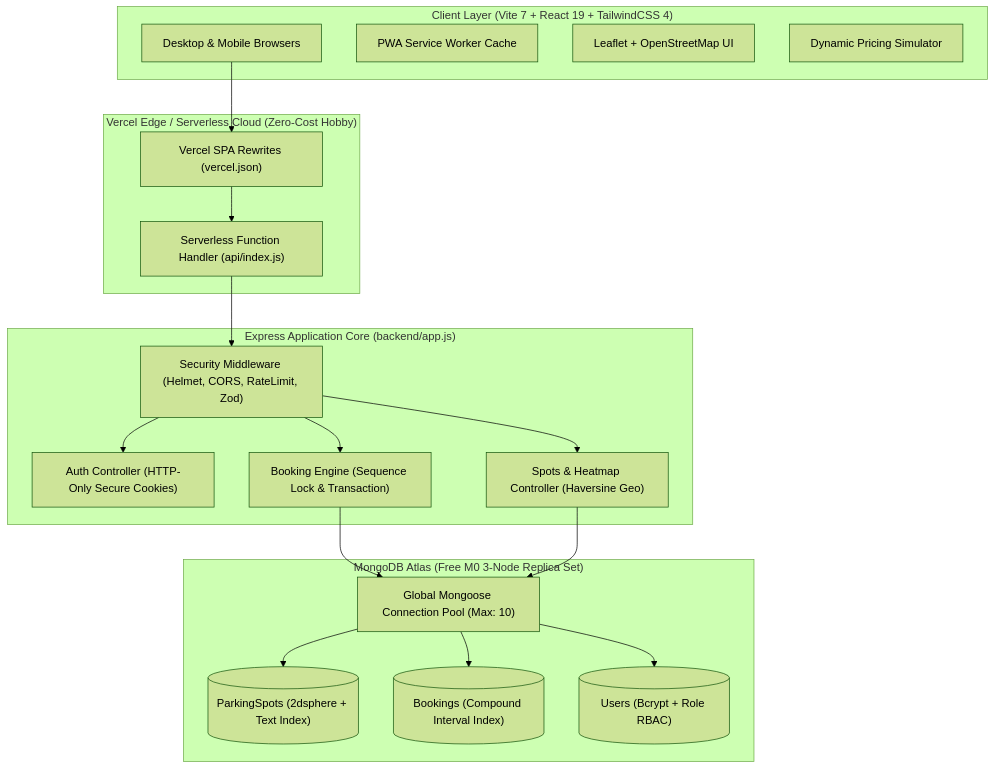
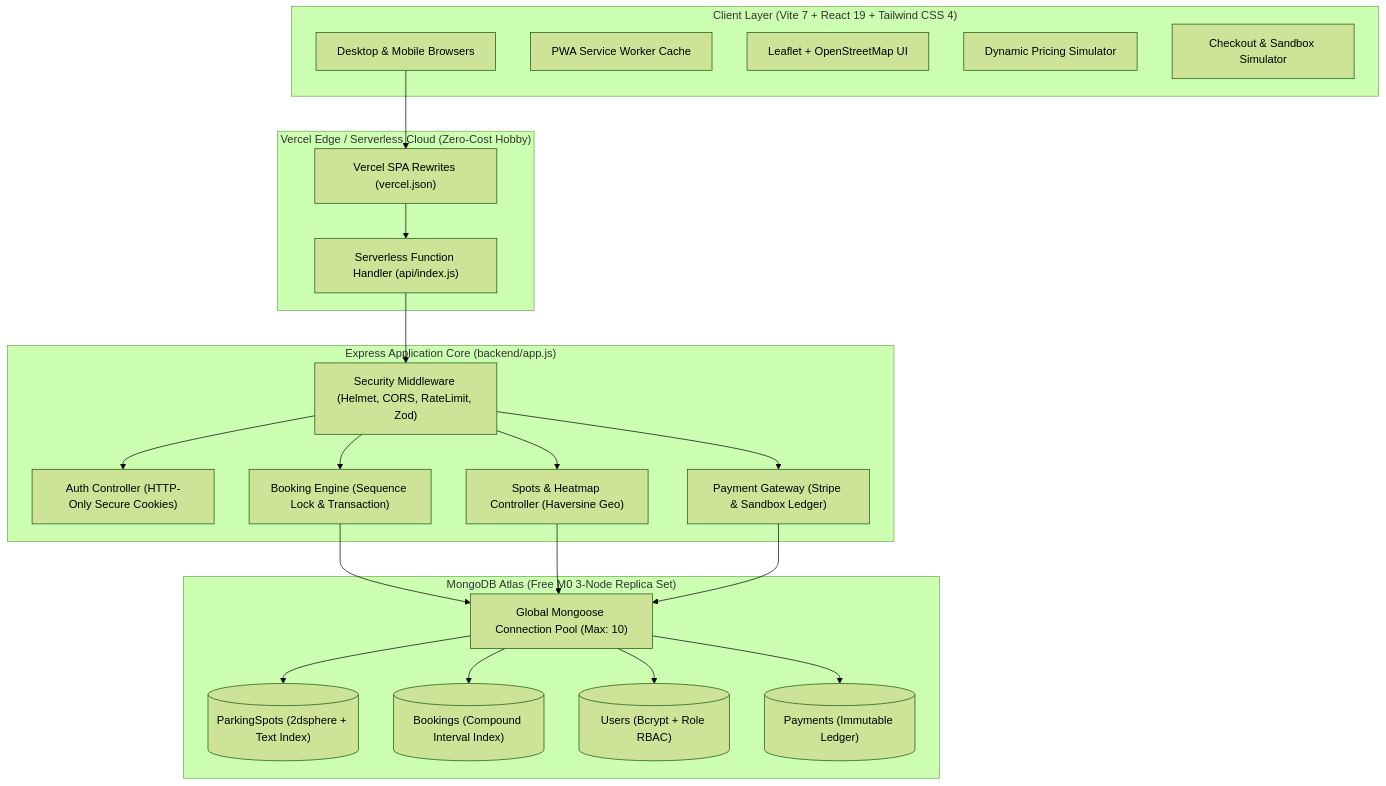
One commit to Krishna200608/ParkingFinder changed the diagram in Readme.md. Above: the diagram before and after it, drawn with Mermaid (forest theme). The commit also changed other lines of this file, not shown here.

````diff
--- a/Readme.md
+++ b/Readme.md
@@ -16,40 +46,46 @@
 ```mermaid
 flowchart TD
-    subgraph Client["Client Layer (Vite 7 + React 19 + TailwindCSS 4)"]
+    subgraph Client["Client Layer (Vite 7 + React 19 + Tailwind CSS 4)"]
         Browser["Desktop & Mobile Browsers"]
         PWA["PWA Service Worker Cache"]
         MapUI["Leaflet + OpenStreetMap UI"]
         SimUI["Dynamic Pricing Simulator"]
+        PayUI["Checkout & Sandbox Simulator"]
     end
 
     subgraph Vercel["Vercel Edge / Serverless Cloud (Zero-Cost Hobby)"]
         Router["Vercel SPA Rewrites (vercel.json)"]
         EdgeHandler["Serverless Function Handler (api/index.js)"]
     end
 
     subgraph Backend["Express Application Core (backend/app.js)"]
         MW["Security Middleware (Helmet, CORS, RateLimit, Zod)"]
         AuthCtrl["Auth Controller (HTTP-Only Secure Cookies)"]
         SpotsCtrl["Spots & Heatmap Controller (Haversine Geo)"]
         BookingCtrl["Booking Engine (Sequence Lock & Transaction)"]
+        PaymentCtrl["Payment Gateway (Stripe & Sandbox Ledger)"]
     end
 
     subgraph Database["MongoDB Atlas (Free M0 3-Node Replica Set)"]
         Pool["Global Mongoose Connection Pool (Max: 10)"]
         SpotsCol[("ParkingSpots (2dsphere + Text Index)")]
         BookingsCol[("Bookings (Compound Interval Index)")]
         UsersCol[("Users (Bcrypt + Role RBAC)")]
+        PaymentsCol[("Payments (Immutable Ledger)")]
     end
 
     Browser --> Router
     Router --> EdgeHandler
     EdgeHandler --> MW
     MW --> AuthCtrl
     MW --> SpotsCtrl
     MW --> BookingCtrl
+    MW --> PaymentCtrl
     BookingCtrl --> Pool
     SpotsCtrl --> Pool
+    PaymentCtrl --> Pool
     Pool --> SpotsCol
     Pool --> BookingsCol
     Pool --> UsersCol
+    Pool --> PaymentsCol
 ```
````
